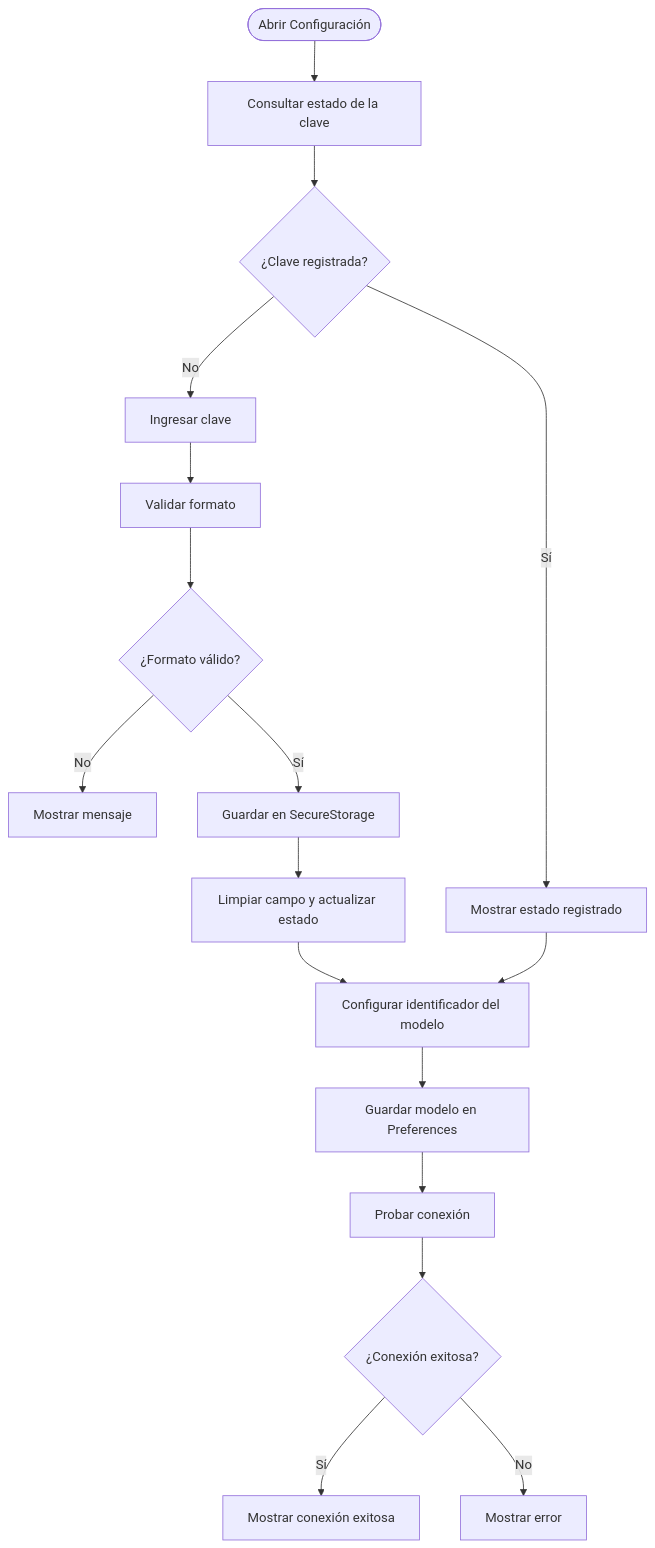
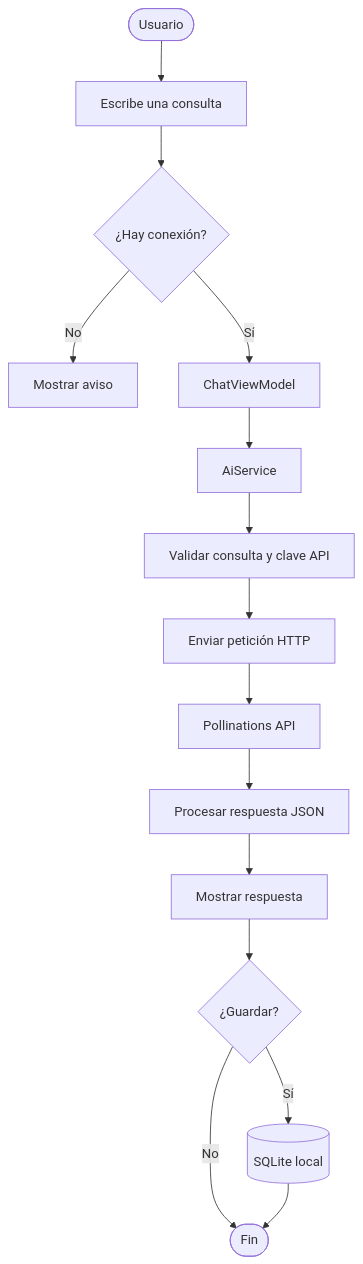
One commit to Cristianm23/AsistenteIA changed the first of 2 diagrams in README.md. Above: the diagram before and after it, drawn with Mermaid. The commit also changed other lines of this file, not shown here.

````diff
--- a/README.md
+++ b/README.md
@@ -90,19 +22,17 @@
 ```mermaid
 flowchart TD
-    A([Abrir Configuración]) --> B[Consultar estado de la clave]
-    B --> C{¿Clave registrada?}
-    C -- No --> D[Ingresar clave]
-    C -- Sí --> E[Mostrar estado registrado]
-    D --> F[Validar formato]
-    F --> G{¿Formato válido?}
-    G -- No --> H[Mostrar mensaje]
-    G -- Sí --> I[Guardar en SecureStorage]
-    I --> J[Limpiar campo y actualizar estado]
-    E --> K[Configurar identificador del modelo]
-    J --> K
-    K --> L[Guardar modelo en Preferences]
-    L --> M[Probar conexión]
-    M --> N{¿Conexión exitosa?}
-    N -- Sí --> O[Mostrar conexión exitosa]
-    N -- No --> P[Mostrar error]
+    A([Usuario]) --> B[Escribe una consulta]
+    B --> C{¿Hay conexión?}
+    C -- No --> D[Mostrar aviso]
+    C -- Sí --> E[ChatViewModel]
+    E --> F[AiService]
+    F --> G[Validar consulta y clave API]
+    G --> H[Enviar petición HTTP]
+    H --> I[Pollinations API]
+    I --> J[Procesar respuesta JSON]
+    J --> K[Mostrar respuesta]
+    K --> L{¿Guardar?}
+    L -- Sí --> M[(SQLite local)]
+    L -- No --> N([Fin])
+    M --> N
 ```
````
